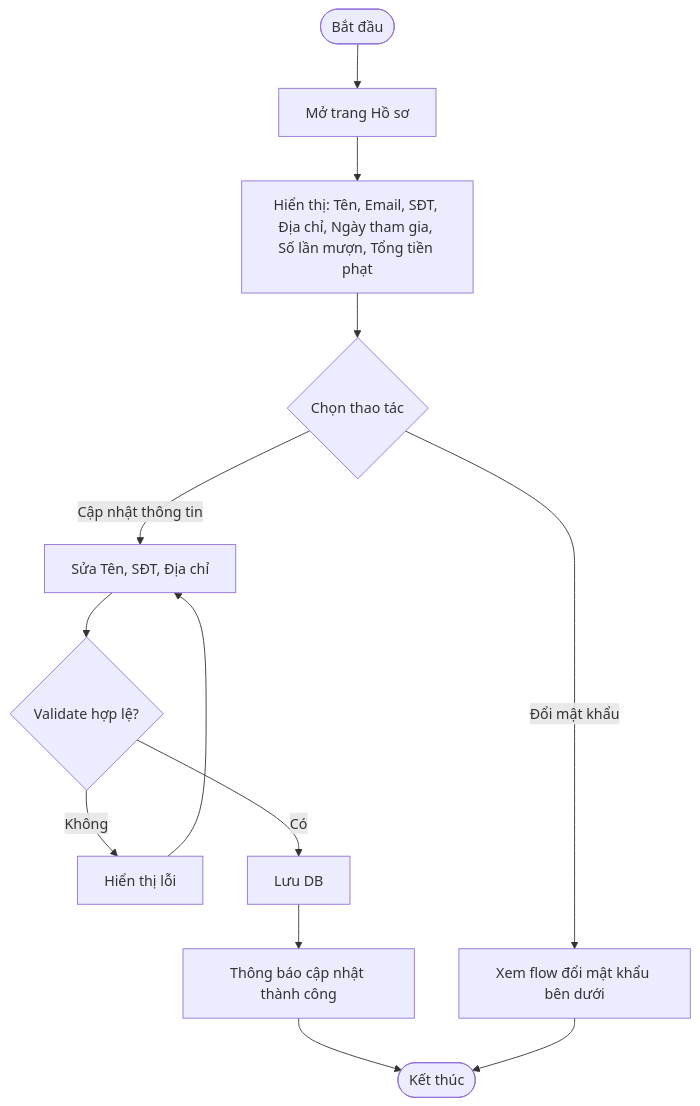
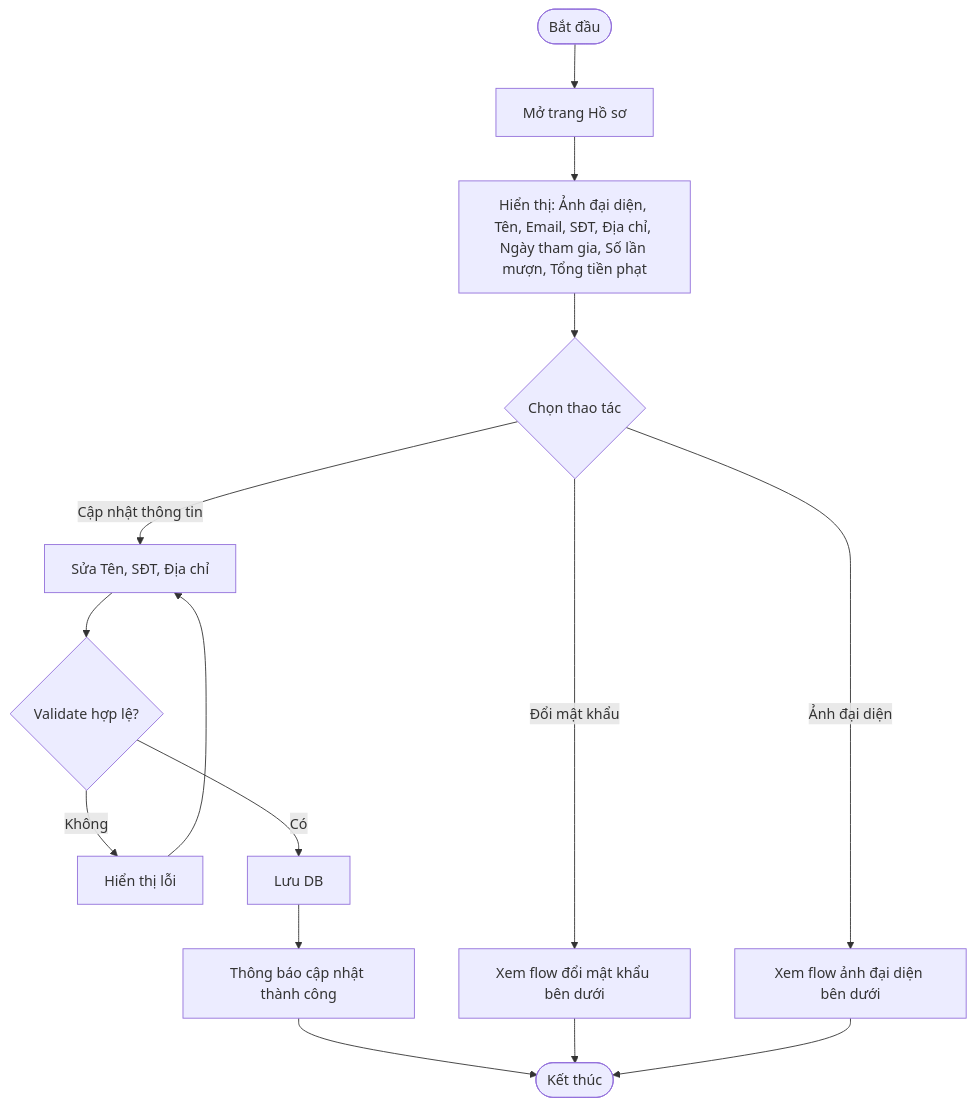
Before and after one commit to aehuy12345/Lib_start: the first of 3 diagrams in design/flows/2.1.3-ho-so-ca-nhan.md, drawn with Mermaid. The commit also changed other lines of this file and 19 other files, not shown here.

First line of the commit message:
docs: finalize design phase and migrate schema to Supabase

````diff
--- a/design/flows/2.1.3-ho-so-ca-nhan.md
+++ b/design/flows/2.1.3-ho-so-ca-nhan.md
@@ -9,15 +9,17 @@
 ```mermaid
 flowchart TD
     A([Bắt đầu]) --> B["Mở trang Hồ sơ"]
-    B --> C["Hiển thị: Tên, Email, SĐT, Địa chỉ, Ngày tham gia, Số lần mượn, Tổng tiền phạt"]
+    B --> C["Hiển thị: Ảnh đại diện, Tên, Email, SĐT, Địa chỉ, Ngày tham gia, Số lần mượn, Tổng tiền phạt"]
     C --> D{"Chọn thao tác"}
     D -->|"Cập nhật thông tin"| E["Sửa Tên, SĐT, Địa chỉ"]
     E --> F{"Validate hợp lệ?"}
     F -->|"Không"| G["Hiển thị lỗi"]
     G --> E
     F -->|"Có"| H["Lưu DB"]
     H --> I["Thông báo cập nhật thành công"]
     D -->|"Đổi mật khẩu"| J["Xem flow đổi mật khẩu bên dưới"]
+    D -->|"Ảnh đại diện"| L["Xem flow ảnh đại diện bên dưới"]
     I --> K([Kết thúc])
     J --> K
+    L --> K
 ```
````
